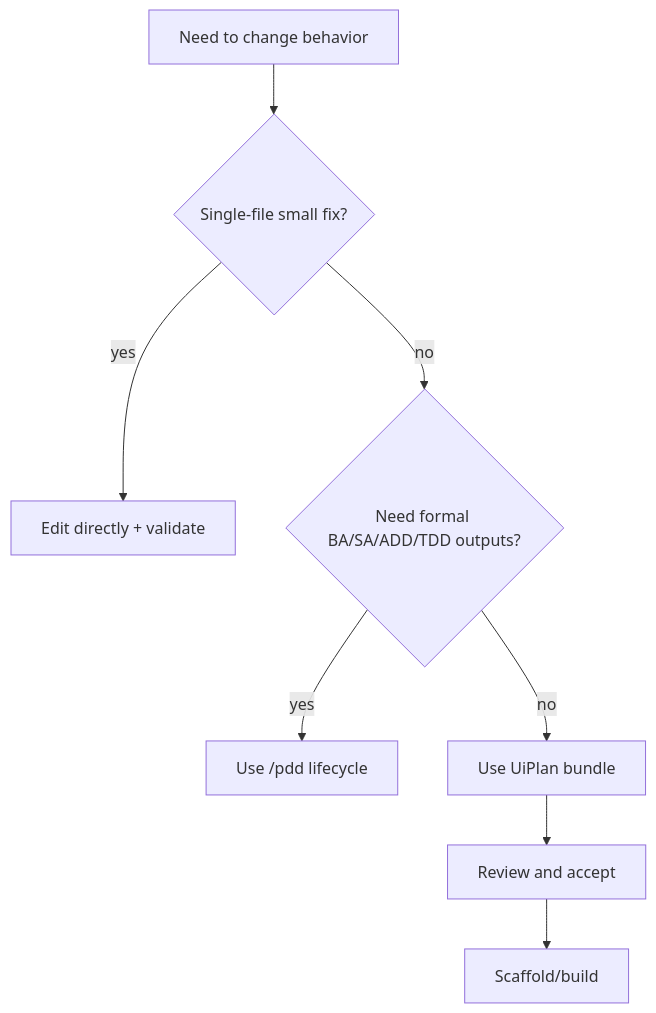
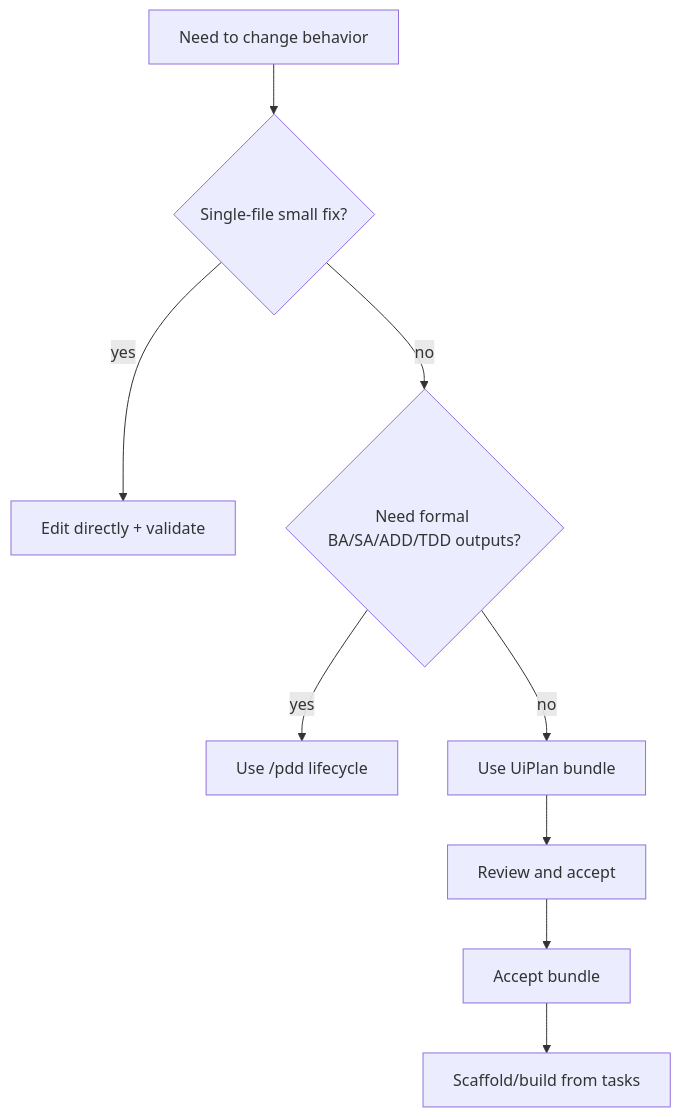
Before and after one commit to DanielaRosenn/uiplan-agent-of-agents: the first of 3 diagrams in docs/uiplan/README.md, drawn with Mermaid. The commit also changed other lines of this file and 35 other files, not shown here.

````diff
--- a/docs/uiplan/README.md
+++ b/docs/uiplan/README.md
@@ -20,10 +26,11 @@
 ```mermaid
 flowchart TD
   startNode["Need to change behavior"] --> scopeNode{"Single-file small fix?"}
   scopeNode -->|yes| directNode["Edit directly + validate"]
   scopeNode -->|no| formalNode{"Need formal BA/SA/ADD/TDD outputs?"}
   formalNode -->|yes| pddNode["Use /pdd lifecycle"]
   formalNode -->|no| uiplanNode["Use UiPlan bundle"]
   uiplanNode --> reviewNode["Review and accept"]
-  reviewNode --> buildNode["Scaffold/build"]
+  reviewNode --> acceptNode["Accept bundle"]
+  acceptNode --> buildNode["Scaffold/build from tasks"]
 ```
````
